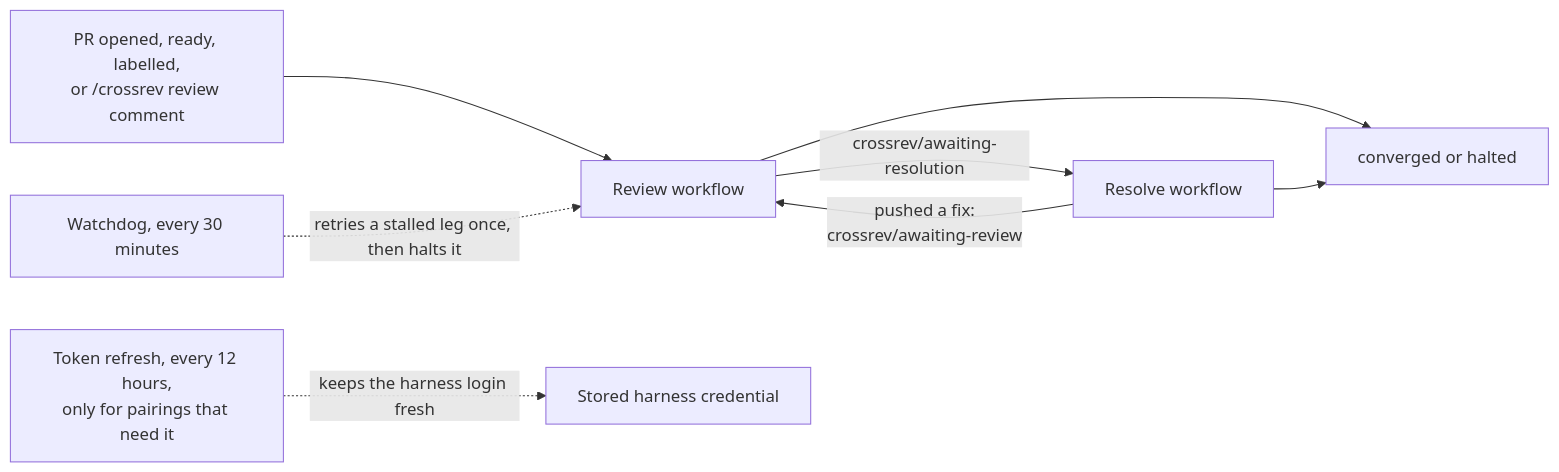
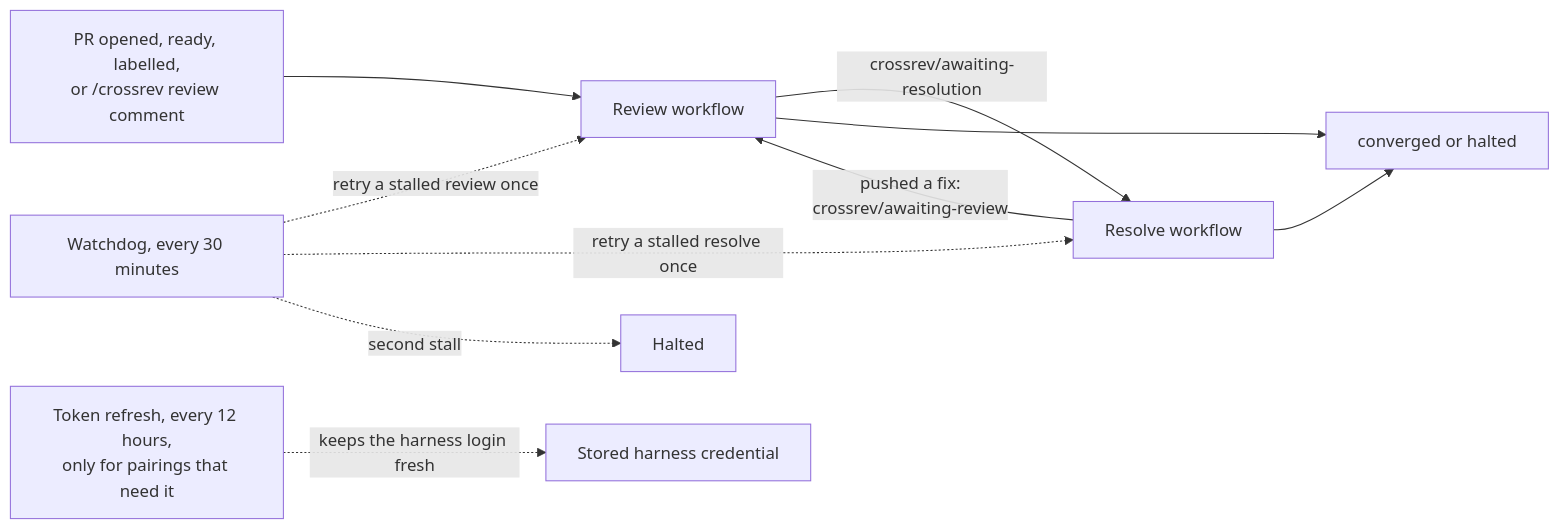
Before and after one commit to carlosboeing/crossrev: the seventh of 7 diagrams in docs/architecture.md, drawn with Mermaid. The commit also changed other lines of this file, not shown here.

First line of the commit message:
docs(architecture): fix the end-of-pass rules, isolation and gates

````diff
--- a/docs/architecture.md
+++ b/docs/architecture.md
@@ -353,10 +364,12 @@
 ```mermaid
 flowchart LR
     open["PR opened, ready, labelled,<br/>or /crossrev review comment"] --> rw["Review workflow"]
     rw -->|"crossrev/awaiting-resolution"| sw["Resolve workflow"]
     sw -->|"pushed a fix:<br/>crossrev/awaiting-review"| rw
     rw --> end1["converged or halted"]
     sw --> end1
-    cron1["Watchdog, every 30 minutes"] -.->|"retries a stalled leg once, then halts it"| rw
+    cron1["Watchdog, every 30 minutes"] -.->|"retry a stalled review once"| rw
+    cron1 -.->|"retry a stalled resolve once"| sw
+    cron1 -.->|"second stall"| hlt["Halted"]
     cron2["Token refresh, every 12 hours,<br/>only for pairings that need it"] -.->|"keeps the harness login fresh"| cred["Stored harness credential"]
 ```
````
